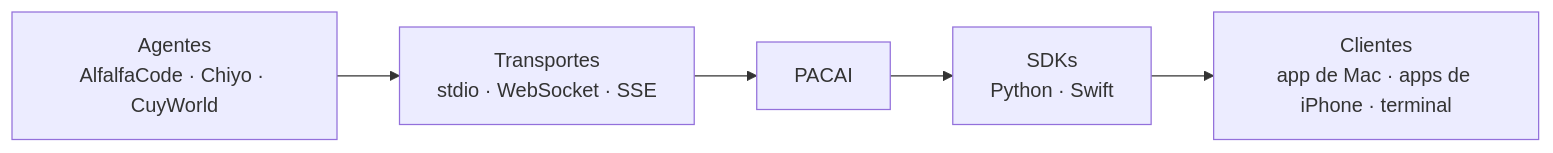
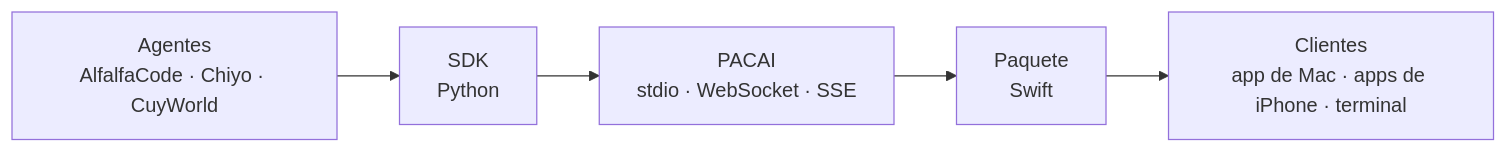
One commit to 0sw2ld0/PACAI changed the first of 2 diagrams in README.md. Above: the diagram before and after it, drawn with Mermaid. The commit also changed other lines of this file and 52 other files, not shown here.

First line of the commit message:
PACAI 0.2: conformance de sesiones, SDK de Python y paquete Swift

````diff
--- a/README.md
+++ b/README.md
@@ -11,7 +21,7 @@
 ```mermaid
 flowchart LR
-    A[Agentes<br/>AlfalfaCode · Chiyo · CuyWorld] --> T[Transportes<br/>stdio · WebSocket · SSE]
-    T --> P[PACAI]
-    P --> S[SDKs<br/>Python · Swift]
+    A[Agentes<br/>AlfalfaCode · Chiyo · CuyWorld] --> PY[SDK<br/>Python]
+    PY --> P[PACAI<br/>stdio · WebSocket · SSE]
+    P --> S[Paquete<br/>Swift]
     S --> C[Clientes<br/>app de Mac · apps de iPhone · terminal]
 ```
````
